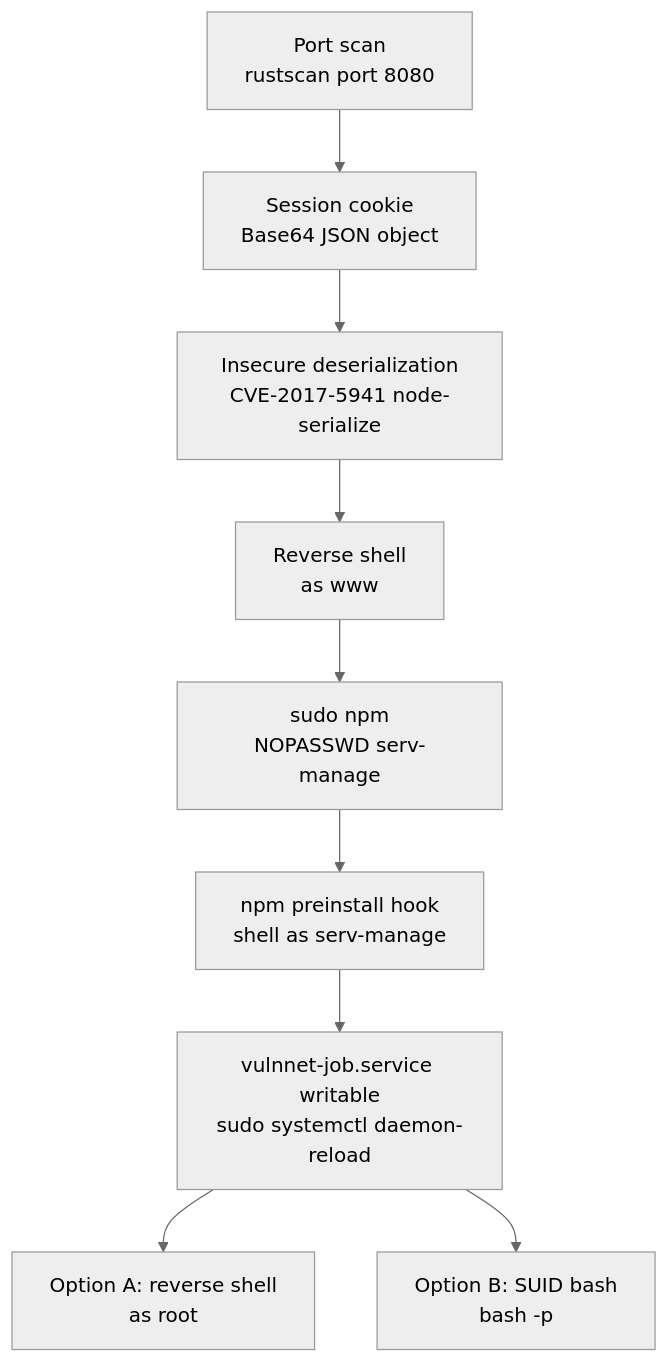
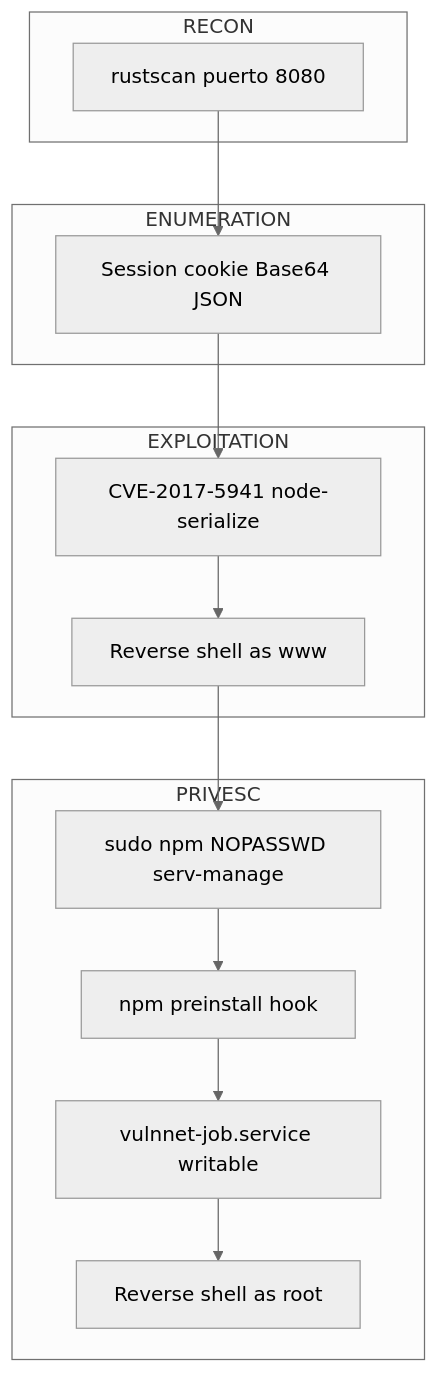
One commit to renekerr/lab-notes changed the diagram in VulnNetNode.md. Above: the diagram before and after it, drawn with Mermaid (neutral theme). The commit also changed 4 other files, not shown here.

Commit message:
Improve Attack Chain diagrams: convert to subgraph format grouped by phase (RECON-ENUMERATION-EXPLOITATION-PRIVESC-POST-EXPLOITATION) for all lab notes writeups

````diff
--- a/VulnNetNode.md
+++ b/VulnNetNode.md
@@ -258,11 +258,24 @@
 ```mermaid
 graph TD
-    A["Port scan\nrustscan port 8080"] --> B["Session cookie\nBase64 JSON object"]
-    B --> C["Insecure deserialization\nCVE-2017-5941 node-serialize"]
-    C --> D["Reverse shell\nas www"]
-    D --> E["sudo npm\nNOPASSWD serv-manage"]
-    E --> F["npm preinstall hook\nshell as serv-manage"]
-    F --> G["vulnnet-job.service writable\nsudo systemctl daemon-reload"]
-    G --> H["Option A: reverse shell\nas root"]
-    G --> I["Option B: SUID bash\nbash -p"]
+ subgraph RECON["RECON"]
+  A["rustscan puerto 8080"]
+ end
+ 
+ subgraph ENUM["ENUMERATION"]
+  B["Session cookie Base64 JSON"]
+ end
+ 
+ subgraph EXPL["EXPLOITATION"]
+  C["CVE-2017-5941 node-serialize"] --> D["Reverse shell as www"]
+ end
+ 
+ subgraph PRIVESC["PRIVESC"]
+  E["sudo npm NOPASSWD serv-manage"] --> F["npm preinstall hook"]
+  F --> G["vulnnet-job.service writable"]
+  G --> H["Reverse shell as root"]
+ end
+ 
+ A --> B
+ B --> C
+ D --> E
 ```
````
